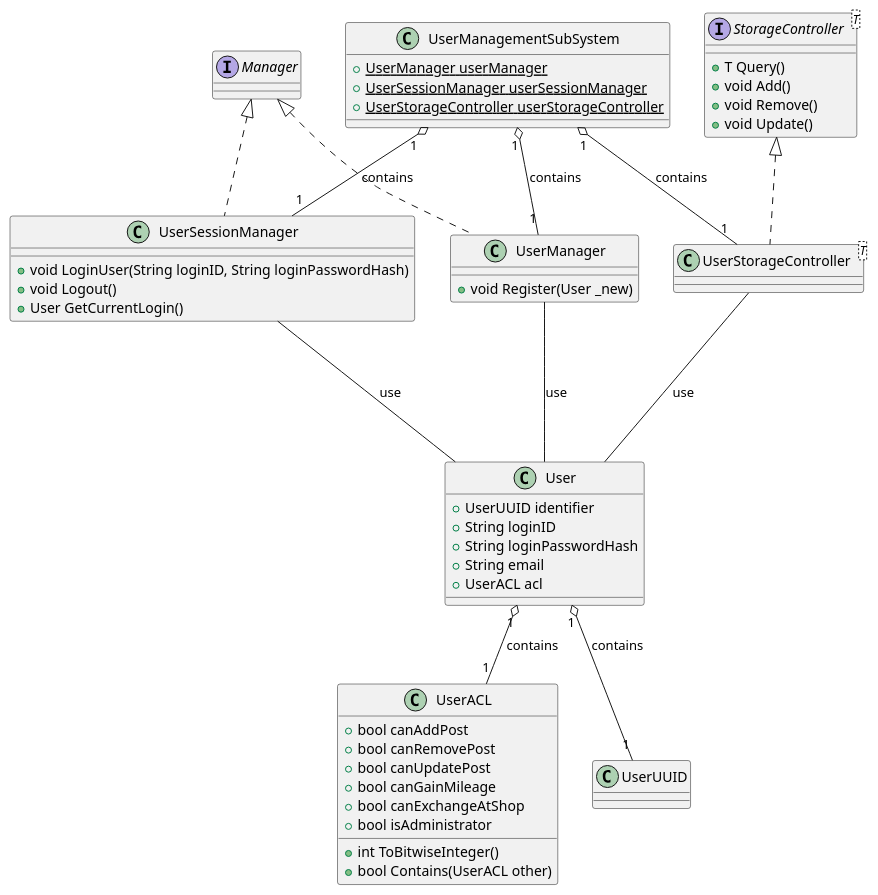
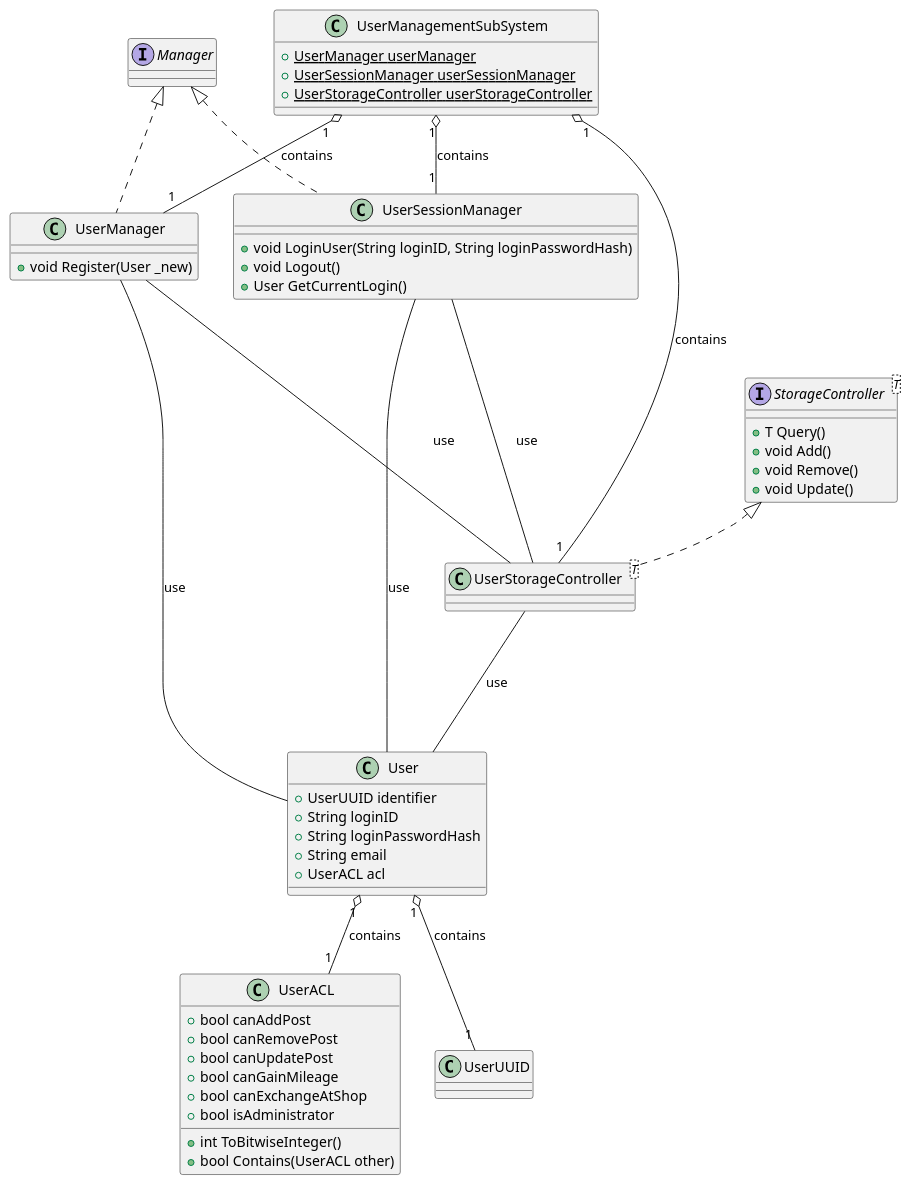
One commit to ShapeLayer/se-lecture-task__project-structure-definitions changed the diagram in src/UserManagement.puml. Above: the diagram before and after it, drawn with PlantUML. The commit also changed 5 other files, not shown here.

```diff
--- a/src/UserManagement.puml
+++ b/src/UserManagement.puml
@@ -1,58 +1,60 @@
 @startuml
 Interface Manager
 Interface StorageController<T> {
     + T Query()
     + void Add()
     + void Remove()
     + void Update()
 }
 
 class UserACL {
     + bool canAddPost
     + bool canRemovePost
     + bool canUpdatePost
     + bool canGainMileage
     + bool canExchangeAtShop
     + bool isAdministrator
     + int ToBitwiseInteger()
     + bool Contains(UserACL other)
 }
 
 class User {
     + UserUUID identifier
     + String loginID
     + String loginPasswordHash
     + String email
     + UserACL acl
 }
 
 class UserManager implements Manager {
     + void Register(User _new)
 }
 UserManager --- User : use
+UserManager --- UserStorageController : use
 
 class UserSessionManager implements Manager {
     + void LoginUser(String loginID, String loginPasswordHash)
     + void Logout()
     + User GetCurrentLogin()
 }
 UserSessionManager --- User : use
+UserSessionManager --- UserStorageController : use
 
 class UserStorageController<T> implements StorageController {}
 UserStorageController --- User : use
 
 User "1" o-- "1" UserUUID : contains
 User "1" o-- "1" UserACL : contains
 
 ' User Management SubSystem
 
 class UserManagementSubSystem {
     + {static} UserManager userManager
     + {static} UserSessionManager userSessionManager
     + {static} UserStorageController userStorageController
 }
 
 UserManagementSubSystem "1" o-- "1" UserManager : contains
 UserManagementSubSystem "1" o-- "1" UserSessionManager : contains
 UserManagementSubSystem "1" o-- "1" UserStorageController : contains
 @enduml
```
